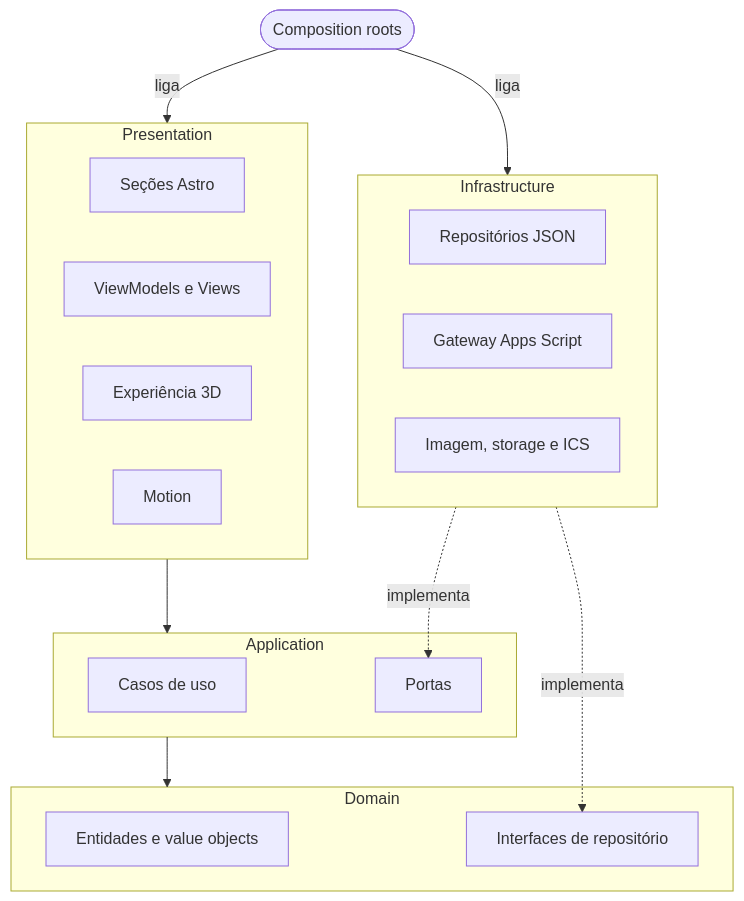
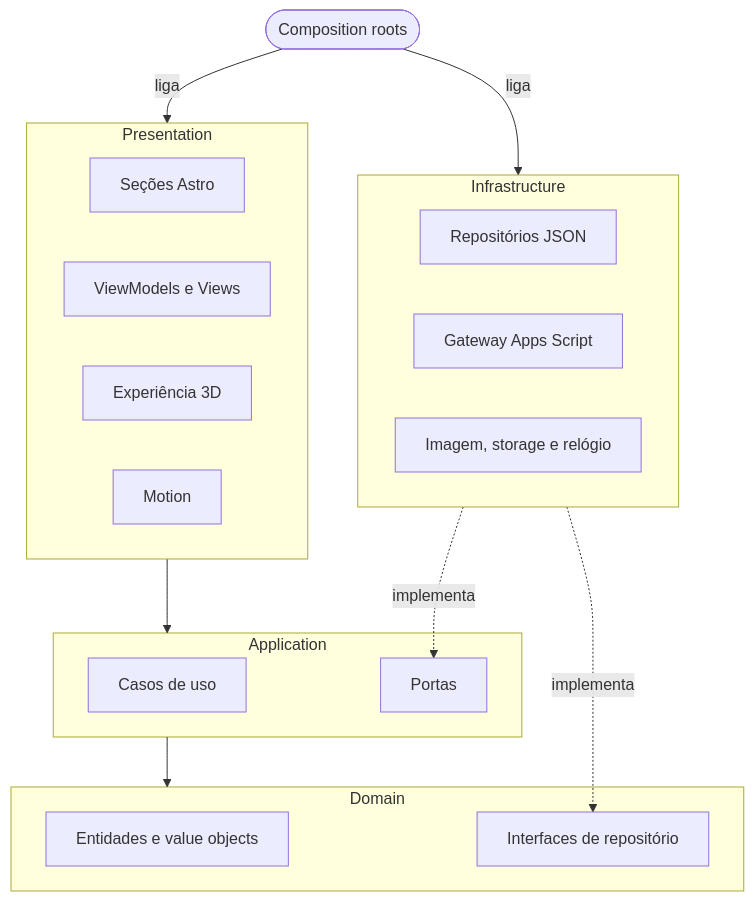
The first of 2 diagrams in README.md (Marcos-Codfy/lp-hackarun), drawn with Mermaid before and after one commit. The commit also changed other lines of this file and 10 other files, not shown here.

Commit message:
docs: cloudflare flow, team roles, identity credit and the organization repo

````diff
--- a/README.md
+++ b/README.md
@@ -138,30 +140,30 @@
 ```mermaid
 flowchart TB
   subgraph PRES["Presentation"]
     SEC["Seções Astro"]
     MVVM["ViewModels e Views"]
     XP["Experiência 3D"]
     MOT["Motion"]
   end
   subgraph APP["Application"]
     UC["Casos de uso"]
     PORTS["Portas"]
   end
   subgraph DOM["Domain"]
     ENT["Entidades e value objects"]
     REPO["Interfaces de repositório"]
   end
   subgraph INFRA["Infrastructure"]
     JSON["Repositórios JSON"]
     GAS["Gateway Apps Script"]
-    ADP["Imagem, storage e ICS"]
+    ADP["Imagem, storage e relógio"]
   end
   COMP(["Composition roots"])
 
   COMP -- liga --> PRES
   COMP -- liga --> INFRA
   PRES --> APP
   APP --> DOM
   INFRA -. implementa .-> PORTS
   INFRA -. implementa .-> REPO
 ```
````
